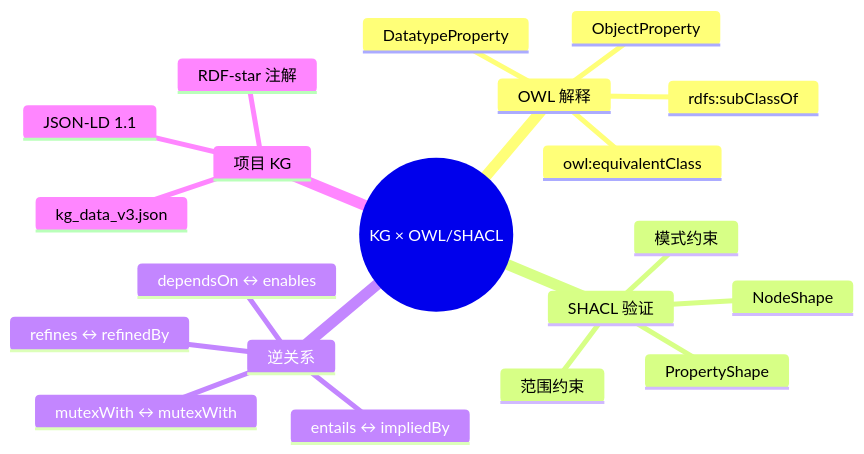
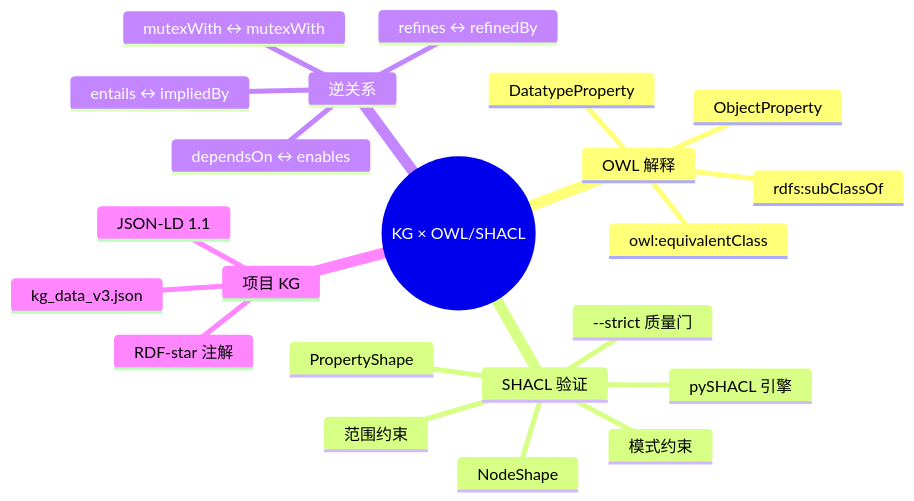
One commit to martin-ly/rust-lang changed the diagram in concept/04_formal/13_semantic_engineering/07_kg_owl_shacl_semantics.md. Above: the diagram before and after it, drawn with Mermaid. The commit also changed other lines of this file and 53 other files, not shown here.

````diff
--- a/concept/04_formal/13_semantic_engineering/07_kg_owl_shacl_semantics.md
+++ b/concept/04_formal/13_semantic_engineering/07_kg_owl_shacl_semantics.md
@@ -336,23 +361,25 @@
 ```mermaid
 mindmap
   root((KG × OWL/SHACL))
     OWL 解释
       rdfs:subClassOf
       owl:equivalentClass
       ObjectProperty
       DatatypeProperty
     SHACL 验证
       NodeShape
       PropertyShape
       范围约束
       模式约束
+      pySHACL 引擎
+      --strict 质量门
     逆关系
       dependsOn ↔ enables
       entails ↔ impliedBy
       refines ↔ refinedBy
       mutexWith ↔ mutexWith
     项目 KG
       kg_data_v3.json
       JSON-LD 1.1
       RDF-star 注解
 ```
````
